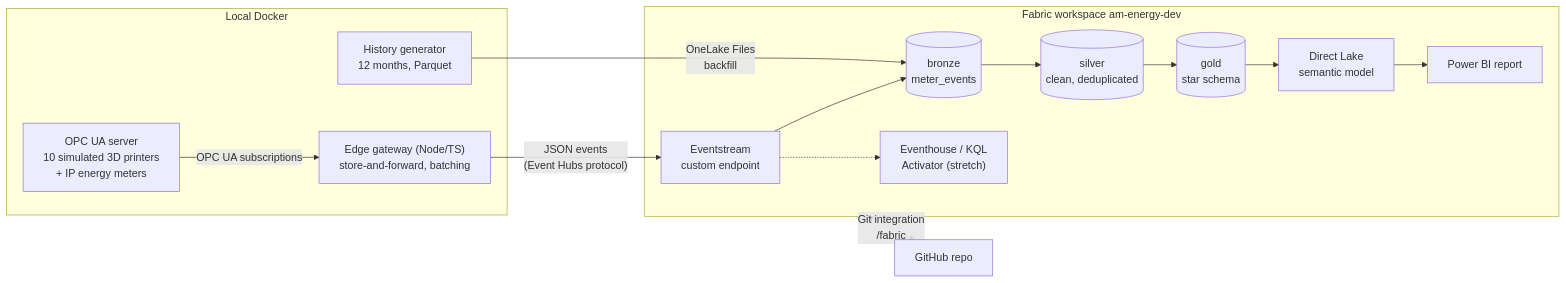
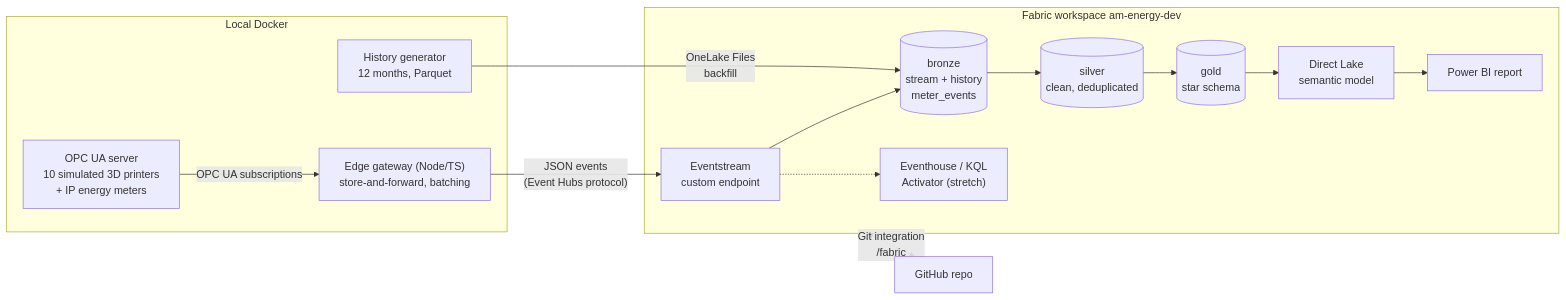
The diagram in README.md (v-nc/fabric-am-energy), drawn with Mermaid before and after one commit. The commit also changed other lines of this file, not shown here.

````diff
--- a/README.md
+++ b/README.md
@@ -14,25 +14,25 @@
 ```mermaid
 flowchart LR
   subgraph local["Local Docker"]
     sim["OPC UA server<br/>10 simulated 3D printers<br/>+ IP energy meters"]
     gw["Edge gateway (Node/TS)<br/>store-and-forward, batching"]
     hist["History generator<br/>12 months, Parquet"]
     sim -- "OPC UA subscriptions" --> gw
   end
 
   subgraph fabric["Fabric workspace am-energy-dev"]
     es["Eventstream<br/>custom endpoint"]
-    bronze[("bronze<br/>meter_events")]
+    bronze[("bronze<br/>stream + history<br/>meter_events")]
     silver[("silver<br/>clean, deduplicated")]
     gold[("gold<br/>star schema")]
     sm["Direct Lake<br/>semantic model"]
     rpt["Power BI report"]
     eh["Eventhouse / KQL<br/>Activator (stretch)"]
     es --> bronze --> silver --> gold --> sm --> rpt
     es -.-> eh
   end
 
   gw -- "JSON events<br/>(Event Hubs protocol)" --> es
   hist -- "OneLake Files<br/>backfill" --> bronze
   fabric <-. "Git integration<br/>/fabric" .-> repo["GitHub repo"]
 ```
````
